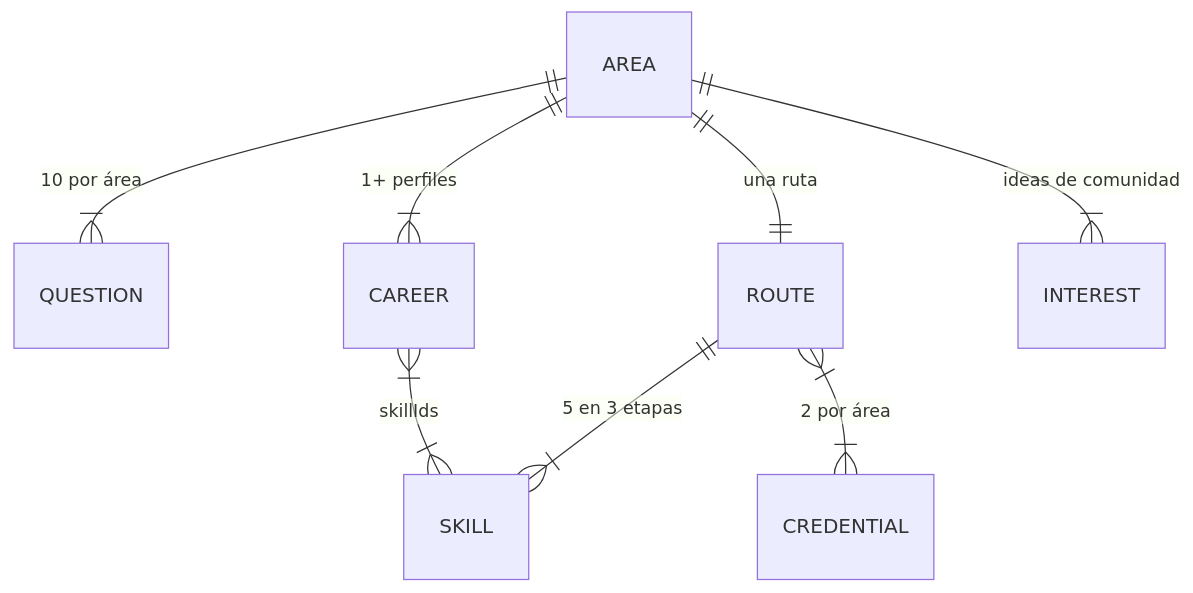
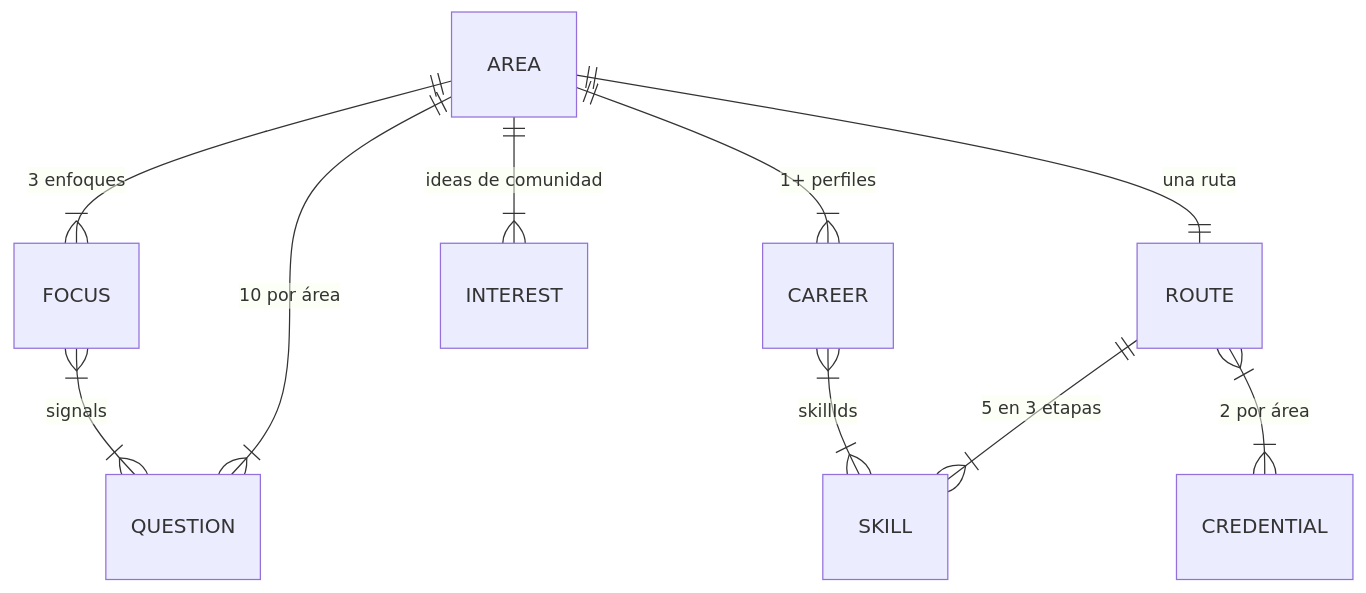
The third of 4 diagrams in docs/ARQUITECTURA.md (RogelioZu/PotroHub), drawn with Mermaid before and after one commit. The commit also changed other lines of this file and 5 other files, not shown here.

````diff
--- a/docs/ARQUITECTURA.md
+++ b/docs/ARQUITECTURA.md
@@ -137,10 +162,12 @@
 ```mermaid
 erDiagram
   AREA ||--|{ QUESTION : "10 por área"
   AREA ||--|| ROUTE : "una ruta"
   ROUTE ||--|{ SKILL : "5 en 3 etapas"
   ROUTE }|--|{ CREDENTIAL : "2 por área"
   AREA ||--|{ CAREER : "1+ perfiles"
   CAREER }|--|{ SKILL : "skillIds"
   AREA ||--|{ INTEREST : "ideas de comunidad"
+  AREA ||--|{ FOCUS : "3 enfoques"
+  FOCUS }|--|{ QUESTION : "signals"
 ```
````
